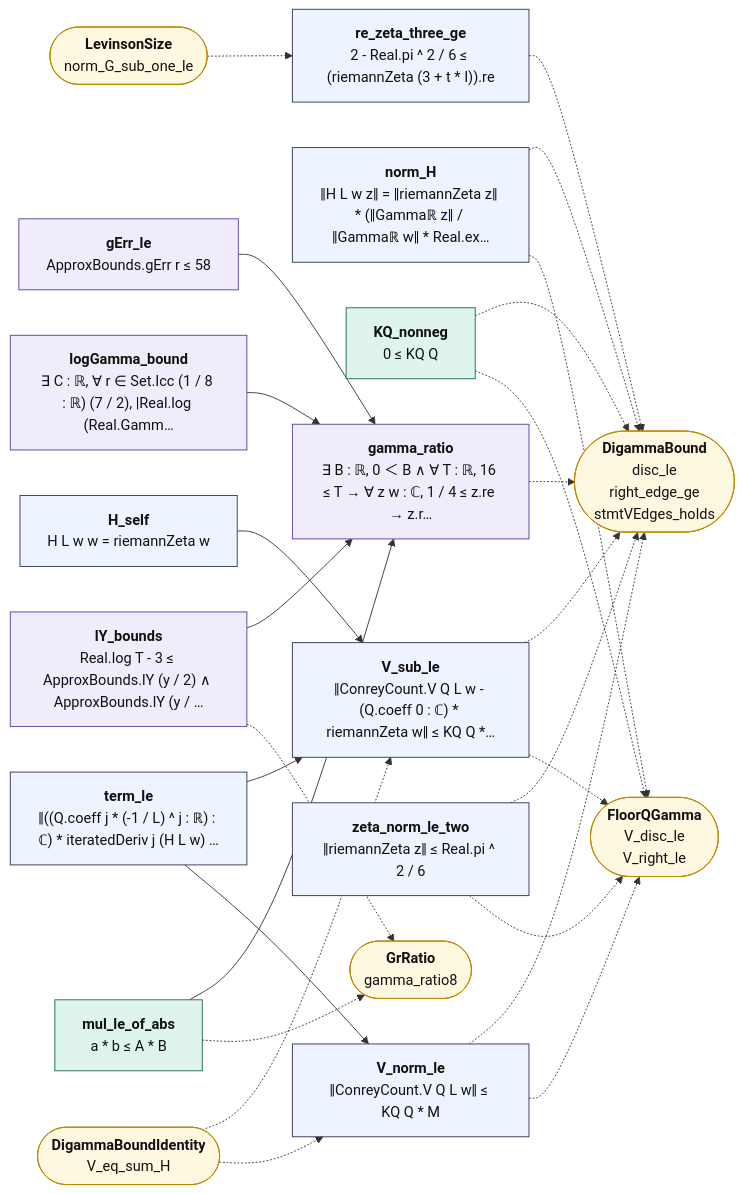
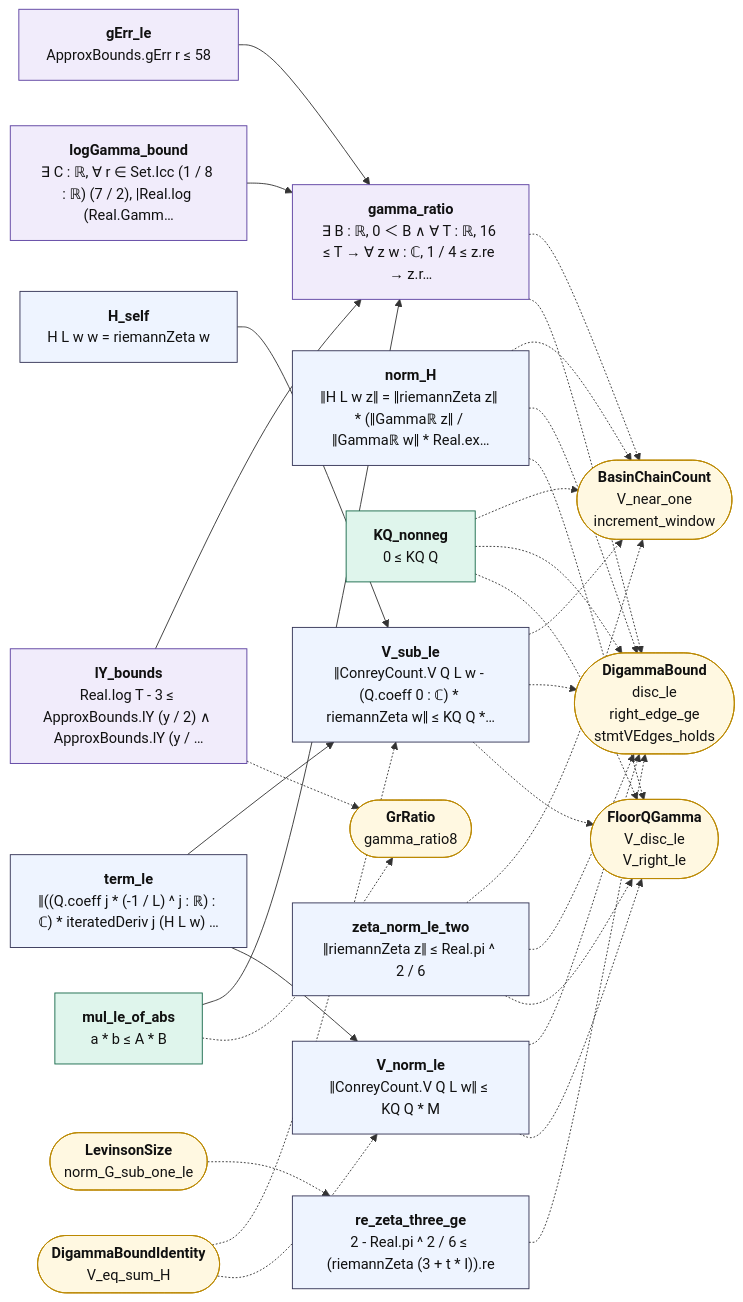
Before and after one commit to juliansambranojr/Primebeat_081426: the diagram in map/lean_stage3/DigammaBoundSize.md, drawn with Mermaid. The commit also changed other lines of this file and 60 other files, not shown here.

````diff
--- a/map/lean_stage3/DigammaBoundSize.md
+++ b/map/lean_stage3/DigammaBoundSize.md
@@ -14,53 +14,59 @@
 ```mermaid
 flowchart LR
   n0["<b>lY_bounds</b><br/>Real.log T - 3 ≤ ApproxBounds.lY (y / 2) ∧ ApproxBounds.lY (y / …"]:::shp
   n1["<b>gErr_le</b><br/>ApproxBounds.gErr r ≤ 58"]:::shp
   n2["<b>logGamma_bound</b><br/>∃ C : ℝ, ∀ r ∈ Set.Icc (1 / 8 : ℝ) (7 / 2), |Real.log (Real.Gamm…"]:::shp
   n3["<b>mul_le_of_abs</b><br/>a * b ≤ A * B"]:::cnt
   n4["<b>gamma_ratio</b><br/>∃ B : ℝ, 0 ＜ B ∧ ∀ T : ℝ, 16 ≤ T → ∀ z w : ℂ, 1 / 4 ≤ z.re → z.r…"]:::shp
   n5["<b>norm_H</b><br/>‖H L w z‖ = ‖riemannZeta z‖ * (‖Gammaℝ z‖ / ‖Gammaℝ w‖ * Real.ex…"]:::thm
   n6["<b>H_self</b><br/>H L w w = riemannZeta w"]:::thm
   n7["<b>KQ_nonneg</b><br/>0 ≤ KQ Q"]:::cnt
   n8["<b>term_le</b><br/>‖((Q.coeff j * (-1 / L) ^ j : ℝ) : ℂ) * iteratedDeriv j (H L w) …"]:::thm
   n9["<b>V_norm_le</b><br/>‖ConreyCount.V Q L w‖ ≤ KQ Q * M"]:::thm
   n10["<b>V_sub_le</b><br/>‖ConreyCount.V Q L w - (Q.coeff 0 : ℂ) * riemannZeta w‖ ≤ KQ Q *…"]:::thm
   n11["<b>zeta_norm_le_two</b><br/>‖riemannZeta z‖ ≤ Real.pi ^ 2 / 6"]:::thm
   n12["<b>re_zeta_three_ge</b><br/>2 - Real.pi ^ 2 / 6 ≤ (riemannZeta (3 + t * I)).re"]:::thm
   x0(["<b>GrRatio</b><br/>gamma_ratio8"]):::ext
-  x1(["<b>DigammaBound</b><br/>disc_le<br/>right_edge_ge<br/>stmtVEdges_holds"]):::ext
-  x2(["<b>FloorQGamma</b><br/>V_disc_le<br/>V_right_le"]):::ext
-  x3(["<b>DigammaBoundIdentity</b><br/>V_eq_sum_H"]):::ext
-  x4(["<b>LevinsonSize</b><br/>norm_G_sub_one_le"]):::ext
+  x1(["<b>BasinChainCount</b><br/>V_near_one<br/>increment_window"]):::ext
+  x2(["<b>DigammaBound</b><br/>disc_le<br/>right_edge_ge<br/>stmtVEdges_holds"]):::ext
+  x3(["<b>FloorQGamma</b><br/>V_disc_le<br/>V_right_le"]):::ext
+  x4(["<b>DigammaBoundIdentity</b><br/>V_eq_sum_H"]):::ext
+  x5(["<b>LevinsonSize</b><br/>norm_G_sub_one_le"]):::ext
   n0 --> n4
   n1 --> n4
   n2 --> n4
   n3 --> n4
   n6 --> n10
   n8 --> n10
   n8 --> n9
   n0 -.-> x0
   n10 -.-> x1
   n10 -.-> x2
+  n10 -.-> x3
   n11 -.-> x1
   n11 -.-> x2
-  n12 -.-> x1
+  n11 -.-> x3
+  n12 -.-> x2
   n3 -.-> x0
   n4 -.-> x1
+  n4 -.-> x2
   n5 -.-> x1
   n5 -.-> x2
+  n5 -.-> x3
   n7 -.-> x1
   n7 -.-> x2
-  n9 -.-> x1
+  n7 -.-> x3
   n9 -.-> x2
-  x3 -.-> n10
-  x3 -.-> n9
-  x4 -.-> n12
+  n9 -.-> x3
+  x4 -.-> n10
+  x4 -.-> n9
+  x5 -.-> n12
   classDef cnt fill:#dff5ec,stroke:#17694a,color:#111
   classDef shp fill:#f1ecfb,stroke:#5b3fa0,color:#111
   classDef rh fill:#ffe5e5,stroke:#c22,color:#111,stroke-width:2px
   classDef thm fill:#eef4ff,stroke:#335,color:#111
   classDef end_ fill:#e7f7e7,stroke:#2a7,color:#111,stroke-width:2px
   classDef lone fill:#fff,stroke:#999,color:#111,stroke-dasharray:4 3
   classDef bad fill:#ffe5e5,stroke:#c22,color:#111,stroke-width:2px
   classDef ext fill:#fff8e1,stroke:#b80,color:#111
 ```
````
